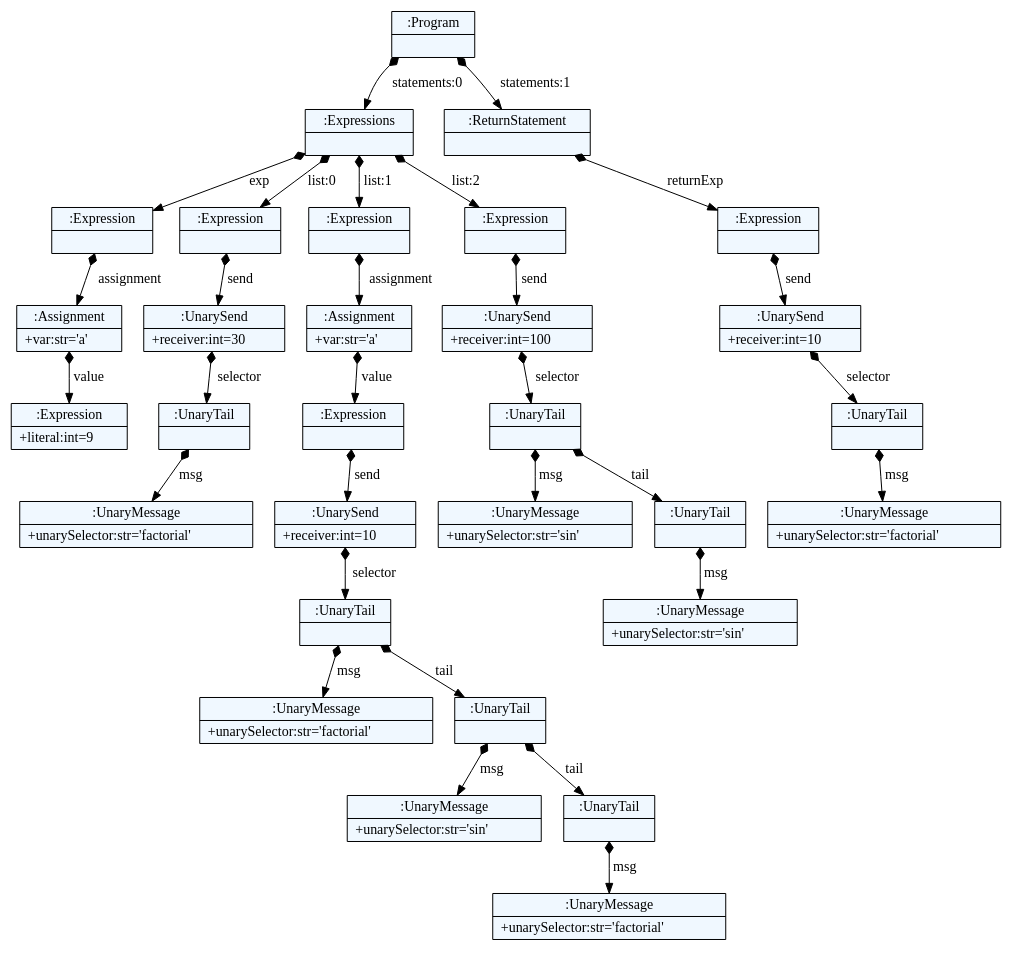
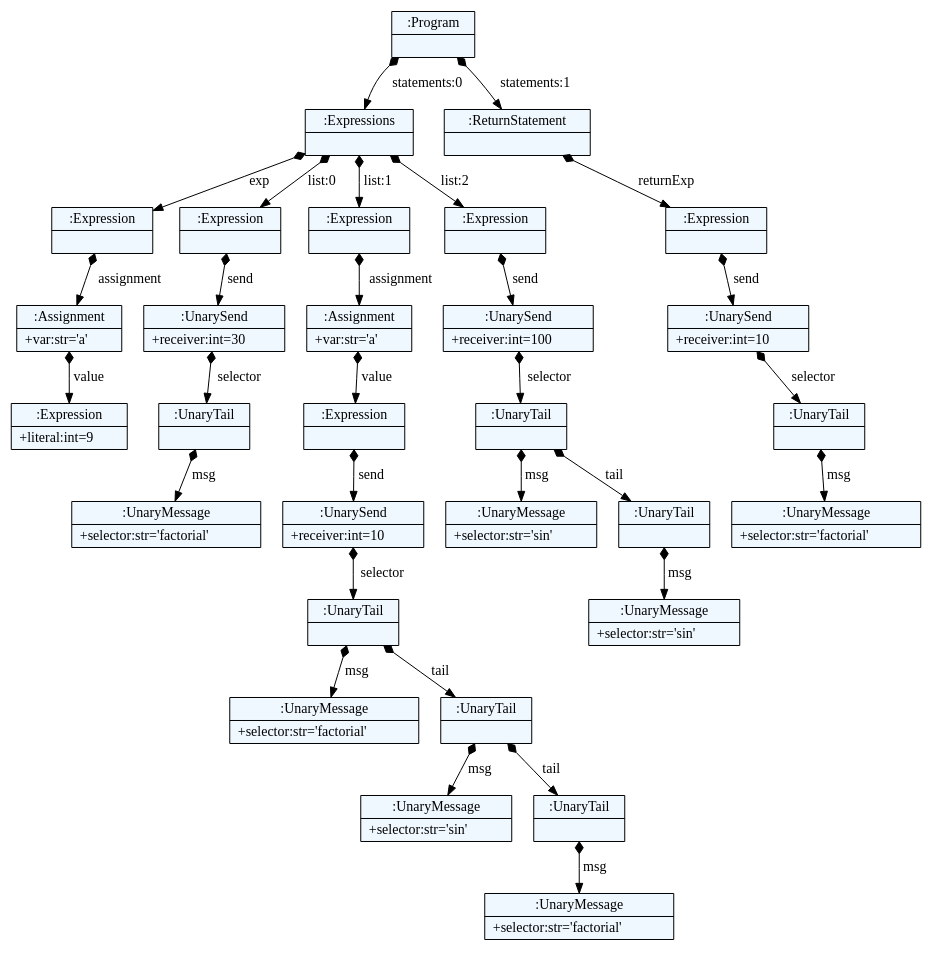
The diagram in parser/dot/complex_unary_msg.dot (spcnz/smalltalk-parser), drawn with Graphviz before and after one commit. The commit also changed 27 other files, not shown here.

```diff
--- a/parser/dot/complex_unary_msg.dot
+++ b/parser/dot/complex_unary_msg.dot
@@ -1,74 +1,74 @@
 
     digraph textX {
     fontname = "Bitstream Vera Sans"
     fontsize = 8
     node[
         shape=record,
         style=filled,
         fillcolor=aliceblue
     ]
     nodesep = 0.3
     edge[dir=black,arrowtail=empty]
 
 
-1970548134688 -> 1970551620496 [label="statements:0" arrowtail=diamond dir=both]
-1970551620496 -> 1970551619656 [label="exp" arrowtail=diamond dir=both]
-1970551619656 -> 1970551620048 [label="assignment" arrowtail=diamond dir=both]
-1970551620048 -> 1970551622064 [label="value" arrowtail=diamond dir=both]
-1970551622064[label="{:Expression|+literal:int=9\l}"]
-1970551620048[label="{:Assignment|+var:str='a'\l}"]
-1970551619656[label="{:Expression|}"]
-1970551620496 -> 1970551620160 [label="list:0" arrowtail=diamond dir=both]
-1970551620160 -> 1970551619936 [label="send" arrowtail=diamond dir=both]
-1970551619936 -> 1970551622904 [label="selector" arrowtail=diamond dir=both]
-1970551622904 -> 1970551622512 [label="msg" arrowtail=diamond dir=both]
-1970551622512[label="{:UnaryMessage|+unarySelector:str='factorial'\l}"]
-1970551622904[label="{:UnaryTail|}"]
-1970551619936[label="{:UnarySend|+receiver:int=30\l}"]
-1970551620160[label="{:Expression|}"]
-1970551620496 -> 1970551620104 [label="list:1" arrowtail=diamond dir=both]
-1970551620104 -> 1970551622568 [label="assignment" arrowtail=diamond dir=both]
-1970551622568 -> 1970551622400 [label="value" arrowtail=diamond dir=both]
-1970551622400 -> 1970551623072 [label="send" arrowtail=diamond dir=both]
-1970551623072 -> 1970551621952 [label="selector" arrowtail=diamond dir=both]
-1970551621952 -> 1970551623352 [label="msg" arrowtail=diamond dir=both]
-1970551623352[label="{:UnaryMessage|+unarySelector:str='factorial'\l}"]
-1970551621952 -> 1970551623240 [label="tail" arrowtail=diamond dir=both]
-1970551623240 -> 1970551621896 [label="msg" arrowtail=diamond dir=both]
-1970551621896[label="{:UnaryMessage|+unarySelector:str='sin'\l}"]
-1970551623240 -> 1970551623632 [label="tail" arrowtail=diamond dir=both]
-1970551623632 -> 1970551623520 [label="msg" arrowtail=diamond dir=both]
-1970551623520[label="{:UnaryMessage|+unarySelector:str='factorial'\l}"]
-1970551623632[label="{:UnaryTail|}"]
-1970551623240[label="{:UnaryTail|}"]
-1970551621952[label="{:UnaryTail|}"]
-1970551623072[label="{:UnarySend|+receiver:int=10\l}"]
-1970551622400[label="{:Expression|}"]
-1970551622568[label="{:Assignment|+var:str='a'\l}"]
-1970551620104[label="{:Expression|}"]
-1970551620496 -> 1970551619992 [label="list:2" arrowtail=diamond dir=both]
-1970551619992 -> 1970551622456 [label="send" arrowtail=diamond dir=both]
-1970551622456 -> 1970551622960 [label="selector" arrowtail=diamond dir=both]
-1970551622960 -> 1970551623408 [label="msg" arrowtail=diamond dir=both]
-1970551623408[label="{:UnaryMessage|+unarySelector:str='sin'\l}"]
-1970551622960 -> 1970551623184 [label="tail" arrowtail=diamond dir=both]
-1970551623184 -> 1970551623576 [label="msg" arrowtail=diamond dir=both]
-1970551623576[label="{:UnaryMessage|+unarySelector:str='sin'\l}"]
-1970551623184[label="{:UnaryTail|}"]
-1970551622960[label="{:UnaryTail|}"]
-1970551622456[label="{:UnarySend|+receiver:int=100\l}"]
-1970551619992[label="{:Expression|}"]
-1970551620496[label="{:Expressions|}"]
-1970548134688 -> 1970551619712 [label="statements:1" arrowtail=diamond dir=both]
-1970551619712 -> 1970551622624 [label="returnExp" arrowtail=diamond dir=both]
-1970551622624 -> 1970551623016 [label="send" arrowtail=diamond dir=both]
-1970551623016 -> 1970551621784 [label="selector" arrowtail=diamond dir=both]
-1970551621784 -> 1970551621672 [label="msg" arrowtail=diamond dir=both]
-1970551621672[label="{:UnaryMessage|+unarySelector:str='factorial'\l}"]
-1970551621784[label="{:UnaryTail|}"]
-1970551623016[label="{:UnarySend|+receiver:int=10\l}"]
-1970551622624[label="{:Expression|}"]
-1970551619712[label="{:ReturnStatement|}"]
-1970548134688[label="{:Program|}"]
+3018040644944 -> 3018043739552 [label="statements:0" arrowtail=diamond dir=both]
+3018043739552 -> 3018043739608 [label="exp" arrowtail=diamond dir=both]
+3018043739608 -> 3018043739272 [label="assignment" arrowtail=diamond dir=both]
+3018043739272 -> 3018043736920 [label="value" arrowtail=diamond dir=both]
+3018043736920[label="{:Expression|+literal:int=9\l}"]
+3018043739272[label="{:Assignment|+var:str='a'\l}"]
+3018043739608[label="{:Expression|}"]
+3018043739552 -> 3018043739944 [label="list:0" arrowtail=diamond dir=both]
+3018043739944 -> 3018043737816 [label="send" arrowtail=diamond dir=both]
+3018043737816 -> 3018043736416 [label="selector" arrowtail=diamond dir=both]
+3018043736416 -> 3018153891040 [label="msg" arrowtail=diamond dir=both]
+3018153891040[label="{:UnaryMessage|+selector:str='factorial'\l}"]
+3018043736416[label="{:UnaryTail|}"]
+3018043737816[label="{:UnarySend|+receiver:int=30\l}"]
+3018043739944[label="{:Expression|}"]
+3018043739552 -> 3018043739328 [label="list:1" arrowtail=diamond dir=both]
+3018043739328 -> 3018130249040 [label="assignment" arrowtail=diamond dir=both]
+3018130249040 -> 3018153891208 [label="value" arrowtail=diamond dir=both]
+3018153891208 -> 3018153892776 [label="send" arrowtail=diamond dir=both]
+3018153892776 -> 3018153893728 [label="selector" arrowtail=diamond dir=both]
+3018153893728 -> 3018153893840 [label="msg" arrowtail=diamond dir=both]
+3018153893840[label="{:UnaryMessage|+selector:str='factorial'\l}"]
+3018153893728 -> 3018154958920 [label="tail" arrowtail=diamond dir=both]
+3018154958920 -> 3018154959032 [label="msg" arrowtail=diamond dir=both]
+3018154959032[label="{:UnaryMessage|+selector:str='sin'\l}"]
+3018154958920 -> 3018154959144 [label="tail" arrowtail=diamond dir=both]
+3018154959144 -> 3018154959256 [label="msg" arrowtail=diamond dir=both]
+3018154959256[label="{:UnaryMessage|+selector:str='factorial'\l}"]
+3018154959144[label="{:UnaryTail|}"]
+3018154958920[label="{:UnaryTail|}"]
+3018153893728[label="{:UnaryTail|}"]
+3018153892776[label="{:UnarySend|+receiver:int=10\l}"]
+3018153891208[label="{:Expression|}"]
+3018130249040[label="{:Assignment|+var:str='a'\l}"]
+3018043739328[label="{:Expression|}"]
+3018043739552 -> 3018043740112 [label="list:2" arrowtail=diamond dir=both]
+3018043740112 -> 3018153891096 [label="send" arrowtail=diamond dir=both]
+3018153891096 -> 3018153893616 [label="selector" arrowtail=diamond dir=both]
+3018153893616 -> 3018153893784 [label="msg" arrowtail=diamond dir=both]
+3018153893784[label="{:UnaryMessage|+selector:str='sin'\l}"]
+3018153893616 -> 3018154958976 [label="tail" arrowtail=diamond dir=both]
+3018154958976 -> 3018154959200 [label="msg" arrowtail=diamond dir=both]
+3018154959200[label="{:UnaryMessage|+selector:str='sin'\l}"]
+3018154958976[label="{:UnaryTail|}"]
+3018153893616[label="{:UnaryTail|}"]
+3018153891096[label="{:UnarySend|+receiver:int=100\l}"]
+3018043740112[label="{:Expression|}"]
+3018043739552[label="{:Expressions|}"]
+3018040644944 -> 3018043738040 [label="statements:1" arrowtail=diamond dir=both]
+3018043738040 -> 3018153891320 [label="returnExp" arrowtail=diamond dir=both]
+3018153891320 -> 3018153893560 [label="send" arrowtail=diamond dir=both]
+3018153893560 -> 3018154959368 [label="selector" arrowtail=diamond dir=both]
+3018154959368 -> 3018154959480 [label="msg" arrowtail=diamond dir=both]
+3018154959480[label="{:UnaryMessage|+selector:str='factorial'\l}"]
+3018154959368[label="{:UnaryTail|}"]
+3018153893560[label="{:UnarySend|+receiver:int=10\l}"]
+3018153891320[label="{:Expression|}"]
+3018043738040[label="{:ReturnStatement|}"]
+3018040644944[label="{:Program|}"]
 
 }
```
